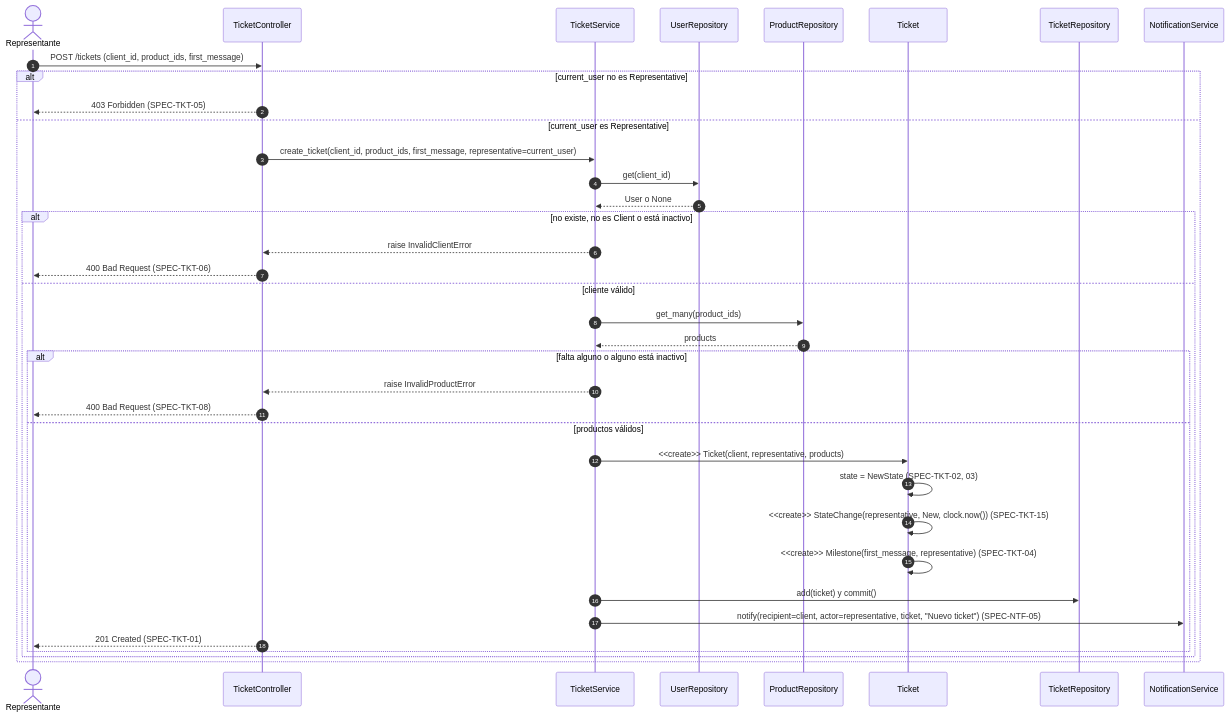
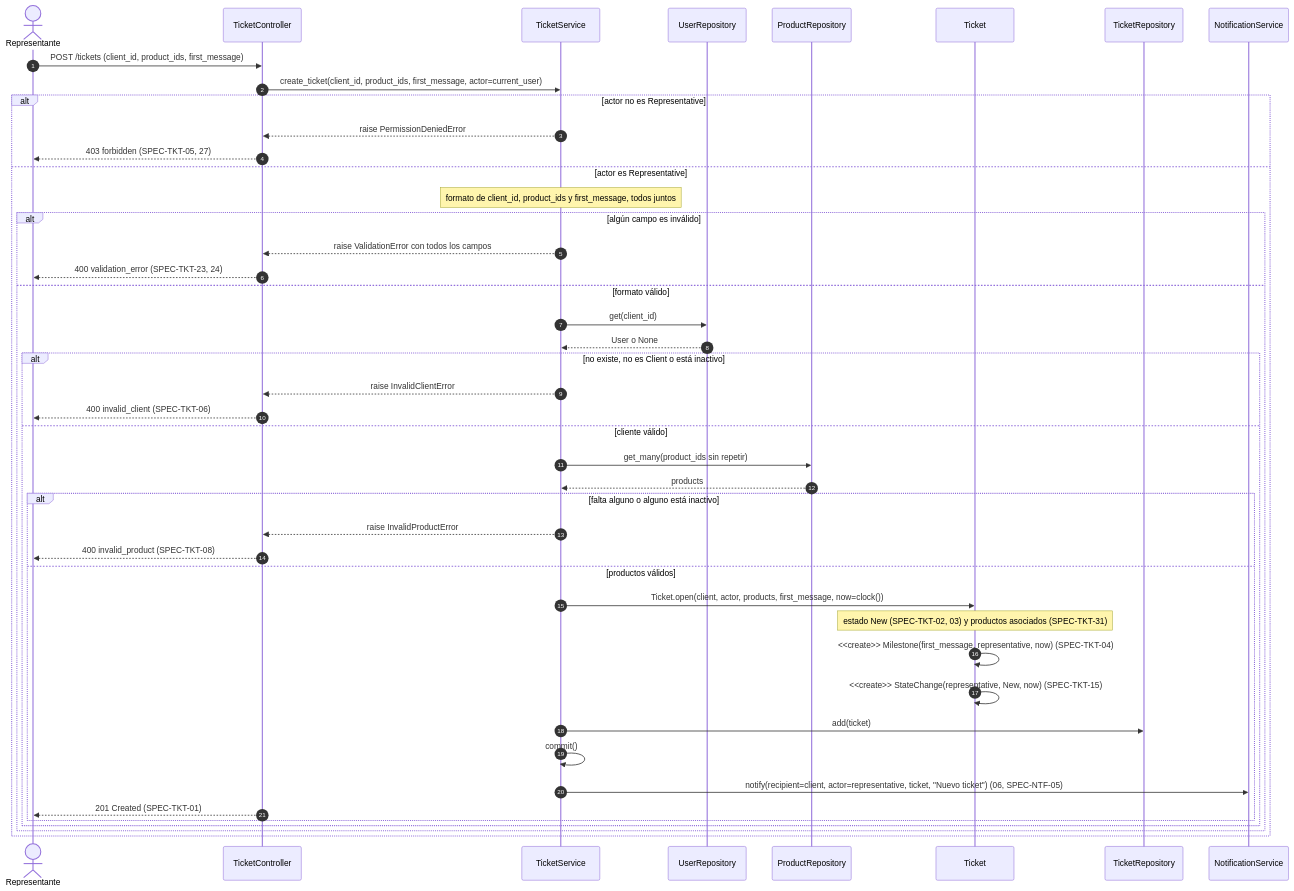
The first of 5 diagrams in diagrams/sequences/04-tickets.md (Diazfe-dev/AyED-III-python-ticket-service), drawn with Mermaid before and after one commit. The commit also changed other lines of this file and 5 other files, not shown here.

Commit message:
test(ticket): add permission matrix, cross-area deactivation case; docs(diagrams): sync ticket diagrams with the code

````diff
--- a/diagrams/sequences/04-tickets.md
+++ b/diagrams/sequences/04-tickets.md
@@ -11,40 +17,48 @@
 ```mermaid
 sequenceDiagram
     autonumber
     actor Rep as Representante
     participant TC as TicketController
     participant TS as TicketService
     participant UR as UserRepository
     participant PR as ProductRepository
     participant T as Ticket
     participant TR as TicketRepository
     participant NS as NotificationService
 
     Rep->>TC: POST /tickets (client_id, product_ids, first_message)
-    alt current_user no es Representative
-        TC-->>Rep: 403 Forbidden (SPEC-TKT-05)
-    else current_user es Representative
-        TC->>TS: create_ticket(client_id, product_ids, first_message, representative=current_user)
-        TS->>UR: get(client_id)
-        UR-->>TS: User o None
-        alt no existe, no es Client o está inactivo
-            TS-->>TC: raise InvalidClientError
-            TC-->>Rep: 400 Bad Request (SPEC-TKT-06)
-        else cliente válido
-            TS->>PR: get_many(product_ids)
-            PR-->>TS: products
-            alt falta alguno o alguno está inactivo
-                TS-->>TC: raise InvalidProductError
-                TC-->>Rep: 400 Bad Request (SPEC-TKT-08)
-            else productos válidos
-                TS->>T: <<create>> Ticket(client, representative, products)
-                T->>T: state = NewState (SPEC-TKT-02, 03)
-                T->>T: <<create>> StateChange(representative, New, clock.now()) (SPEC-TKT-15)
-                T->>T: <<create>> Milestone(first_message, representative) (SPEC-TKT-04)
-                TS->>TR: add(ticket) y commit()
-                TS->>NS: notify(recipient=client, actor=representative, ticket, "Nuevo ticket") (SPEC-NTF-05)
-                TC-->>Rep: 201 Created (SPEC-TKT-01)
+    TC->>TS: create_ticket(client_id, product_ids, first_message, actor=current_user)
+    alt actor no es Representative
+        TS-->>TC: raise PermissionDeniedError
+        TC-->>Rep: 403 forbidden (SPEC-TKT-05, 27)
+    else actor es Representative
+        Note over TS: formato de client_id, product_ids y first_message, todos juntos
+        alt algún campo es inválido
+            TS-->>TC: raise ValidationError con todos los campos
+            TC-->>Rep: 400 validation_error (SPEC-TKT-23, 24)
+        else formato válido
+            TS->>UR: get(client_id)
+            UR-->>TS: User o None
+            alt no existe, no es Client o está inactivo
+                TS-->>TC: raise InvalidClientError
+                TC-->>Rep: 400 invalid_client (SPEC-TKT-06)
+            else cliente válido
+                TS->>PR: get_many(product_ids sin repetir)
+                PR-->>TS: products
+                alt falta alguno o alguno está inactivo
+                    TS-->>TC: raise InvalidProductError
+                    TC-->>Rep: 400 invalid_product (SPEC-TKT-08)
+                else productos válidos
+                    TS->>T: Ticket.open(client, actor, products, first_message, now=clock())
+                    Note over T: estado New (SPEC-TKT-02, 03) y productos asociados (SPEC-TKT-31)
+                    T->>T: <<create>> Milestone(first_message, representative, now) (SPEC-TKT-04)
+                    T->>T: <<create>> StateChange(representative, New, now) (SPEC-TKT-15)
+                    TS->>TR: add(ticket)
+                    TS->>TS: commit()
+                    TS->>NS: notify(recipient=client, actor=representative, ticket, "Nuevo ticket") (06, SPEC-NTF-05)
+                    TC-->>Rep: 201 Created (SPEC-TKT-01)
+                end
             end
         end
     end
 ```
````
